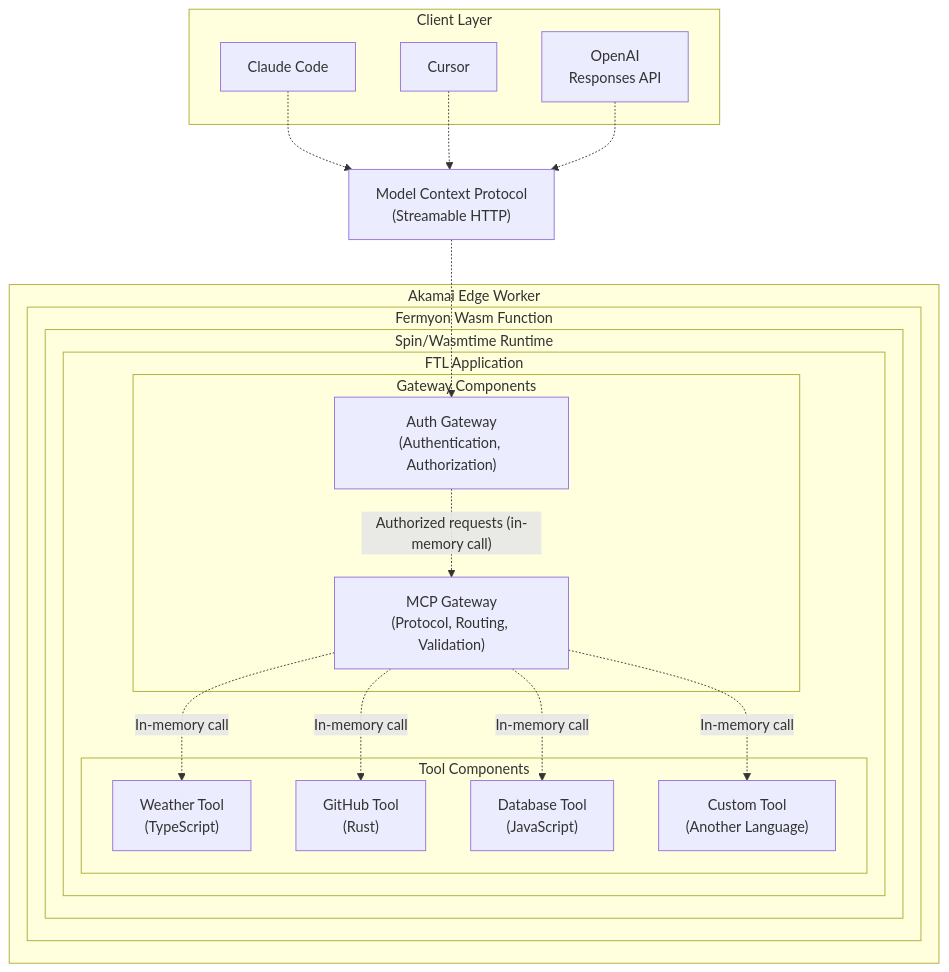
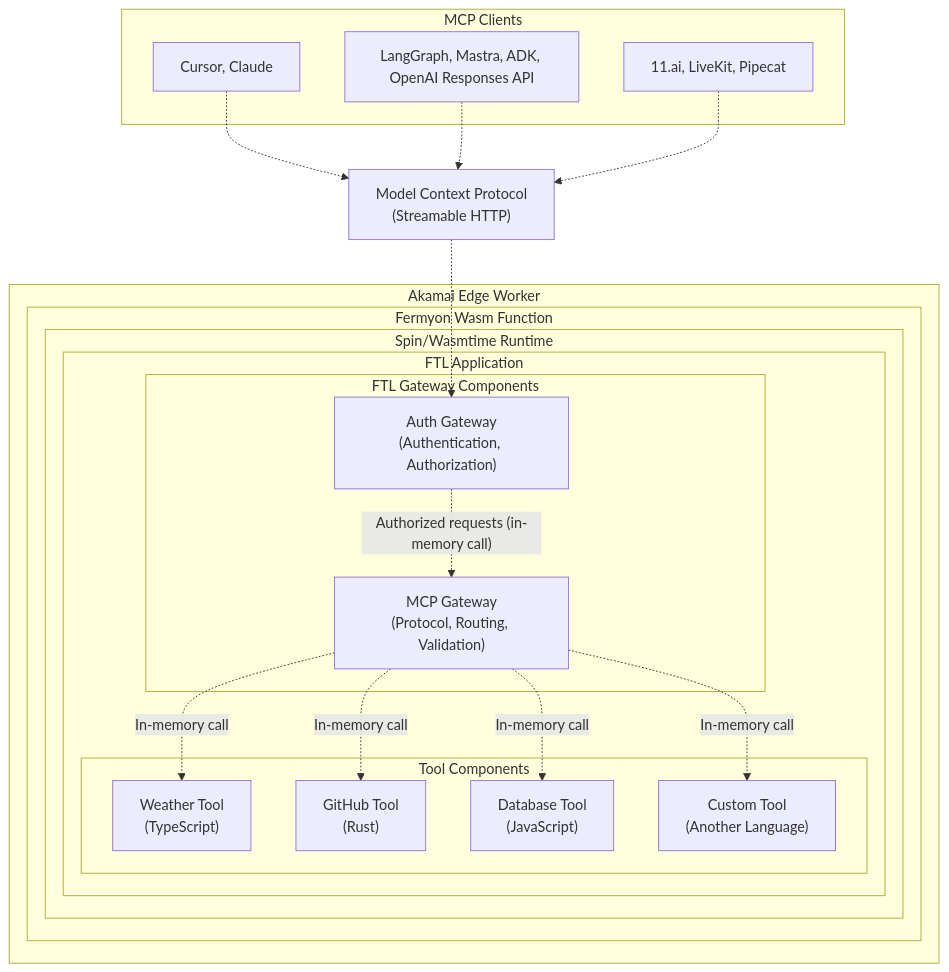
Before and after one commit to fastertools/ftl: the diagram in README.md, drawn with Mermaid. The commit also changed other lines of this file, not shown here.

Commit message:
docs: Readme diagram clarification

````diff
--- a/README.md
+++ b/README.md
@@ -179,40 +179,40 @@
 ```mermaid
 graph TB
-    subgraph "Client Layer"
-        ClaudeCode["Claude Code"]
-        Cursor["Cursor"]
-        OpenAI["OpenAI<br/>Responses API"]
+    subgraph "MCP Clients"
+        Desktops["Cursor, Claude"]
+        Agents["LangGraph, Mastra, ADK, OpenAI Responses API"]
+        Realtime["11.ai, LiveKit, Pipecat"]
     end
     
     MCP["Model Context Protocol<br/>(Streamable HTTP)"]
     
     subgraph "Akamai Edge Worker"
         subgraph "Fermyon Wasm Function"
             subgraph "Spin/Wasmtime Runtime"
                 subgraph "FTL Application"
-                    subgraph "Gateway Components"
+                    subgraph "FTL Gateway Components"
                         AuthGateway["Auth Gateway<br/>(Authentication, Authorization)"]
                         MCPGateway["MCP Gateway<br/>(Protocol, Routing, Validation)"]
                     end
                     
                     subgraph "Tool Components"
                         Weather["Weather Tool<br/>(TypeScript)"]
                         GitHub["GitHub Tool<br/>(Rust)"]
                         Database["Database Tool<br/>(JavaScript)"]
                         Custom["Custom Tool<br/>(Another Language)"]
                     end
                 end
             end
         end
     end
     
-    ClaudeCode -.->| | MCP
-    Cursor -.->| | MCP
-    OpenAI -.->| | MCP
+    Desktops -.->| | MCP
+    Agents -.->| | MCP
+    Realtime -.->| | MCP
     MCP -.->| | AuthGateway
     AuthGateway -.->|"Authorized requests (in-memory call)"| MCPGateway
     MCPGateway -.->|"In-memory call"| Weather
     MCPGateway -.->|"In-memory call"| GitHub
     MCPGateway -.->|"In-memory call"| Database
     MCPGateway -.->|"In-memory call"| Custom
 ```
````
